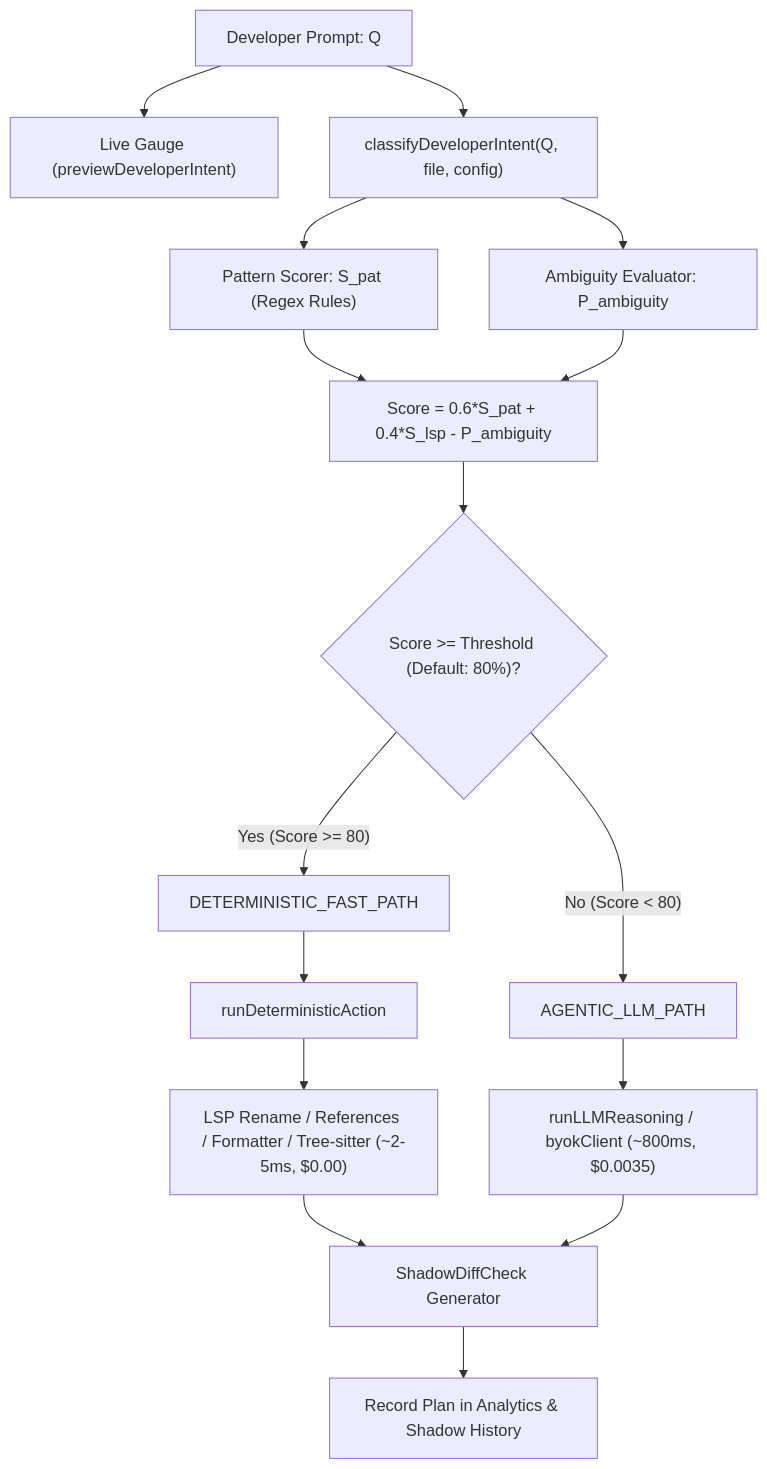
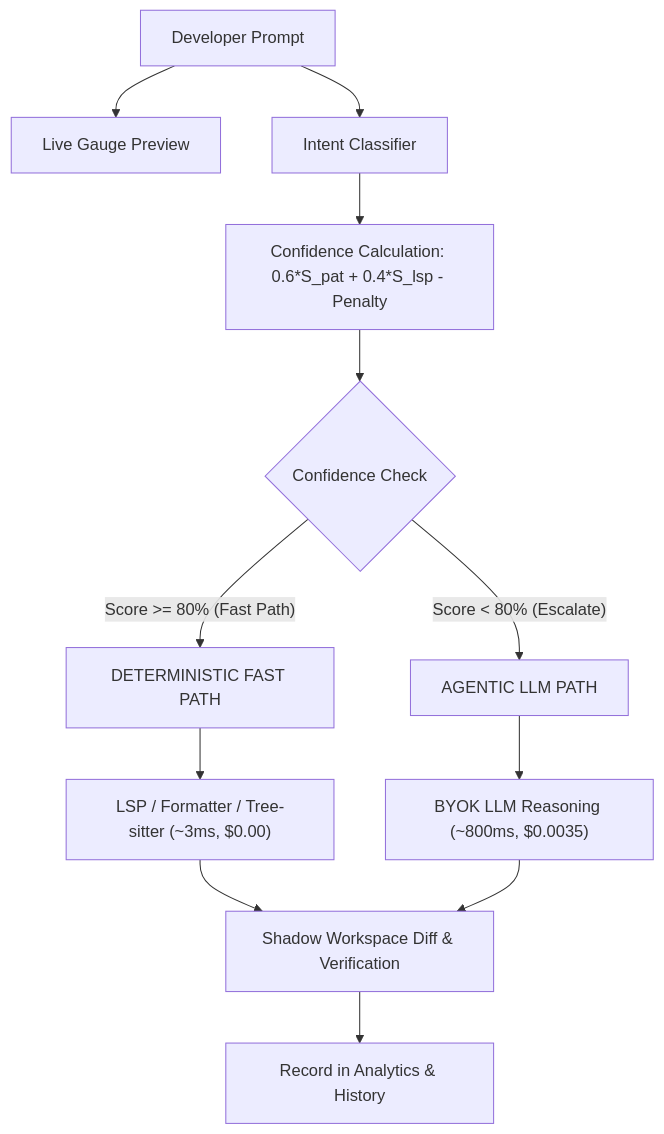
The diagram in code_inspection/CODE_INSPECTION_PART1.md (Akhand6886/DBC), drawn with Mermaid before and after one commit. The commit also changed other lines of this file, not shown here.

Commit message:
docs: fix graph rendering in CODE_INSPECTION_PART1.md with universal text and clean mermaid

````diff
--- a/code_inspection/CODE_INSPECTION_PART1.md
+++ b/code_inspection/CODE_INSPECTION_PART1.md
@@ -26,22 +49,17 @@
 ```mermaid
-flowchart TD
-    Prompt["Developer Prompt: Q"] --> Preview["Live Gauge (previewDeveloperIntent)"]
-    Prompt --> Classifier["classifyDeveloperIntent(Q, file, config)"]
-    Classifier --> PatternCheck["Pattern Scorer: S_pat (Regex Rules)"]
-    Classifier --> AmbiguityCheck["Ambiguity Evaluator: P_ambiguity"]
-    PatternCheck --> Formula["Score = 0.6*S_pat + 0.4*S_lsp - P_ambiguity"]
-    AmbiguityCheck --> Formula
+graph TD
+    Prompt["Developer Prompt"] --> Preview["Live Gauge Preview"]
+    Prompt --> Classifier["Intent Classifier"]
+    Classifier --> Scoring["Confidence Calculation: 0.6*S_pat + 0.4*S_lsp - Penalty"]
+    Scoring --> Decision{"Confidence Check"}
 
-    Formula --> Threshold{"Score >= Threshold (Default: 80%)?"}
+    Decision -- "Score >= 80% (Fast Path)" --> FastPath["DETERMINISTIC FAST PATH"]
+    FastPath --> FastEngine["LSP / Formatter / Tree-sitter (~3ms, $0.00)"]
 
-    Threshold -- "Yes (Score >= 80)" --> FastPath["DETERMINISTIC_FAST_PATH"]
-    FastPath --> DetExec["runDeterministicAction"]
-    DetExec --> FastRules["LSP Rename / References / Formatter / Tree-sitter (~2-5ms, $0.00)"]
+    Decision -- "Score < 80% (Escalate)" --> LLMPath["AGENTIC LLM PATH"]
+    LLMPath --> LLMEngine["BYOK LLM Reasoning (~800ms, $0.0035)"]
 
-    Threshold -- "No (Score < 80)" --> LLMPath["AGENTIC_LLM_PATH"]
-    LLMPath --> LLMExec["runLLMReasoning / byokClient (~800ms, $0.0035)"]
-
-    FastRules --> DiffGen["ShadowDiffCheck Generator"]
-    LLMExec --> DiffGen
-    DiffGen --> History["Record Plan in Analytics & Shadow History"]
+    FastEngine --> ShadowDiff["Shadow Workspace Diff & Verification"]
+    LLMEngine --> ShadowDiff
+    ShadowDiff --> Analytics["Record in Analytics & History"]
 ```
````
